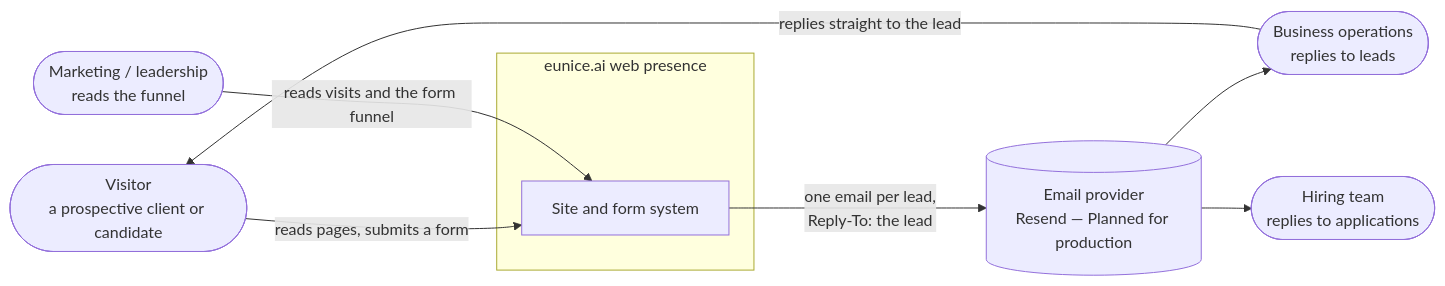
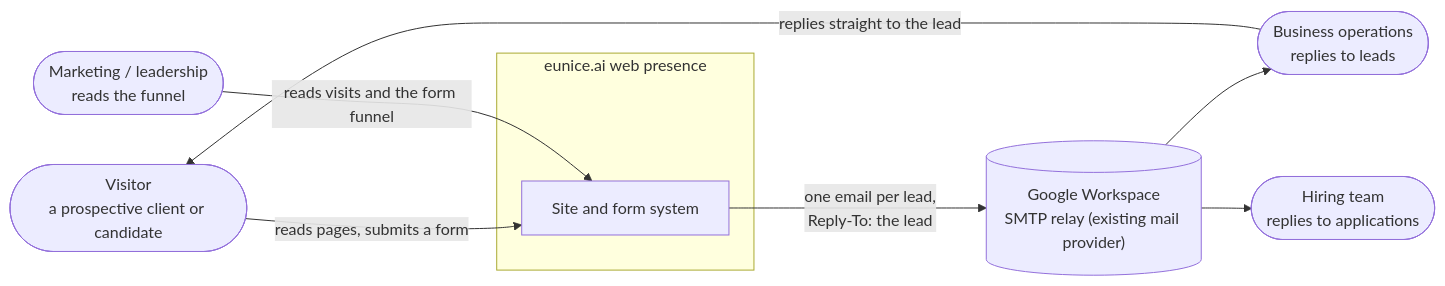
The first of 4 diagrams in docs/architecture/overview.md (angritsay/eunice-site), drawn with Mermaid before and after one commit. The commit also changed other lines of this file and 22 other files, not shown here.

First line of the commit message:
P5a · Email over SMTP to Google Workspace: no new vendor for go-live (#18)

````diff
--- a/docs/architecture/overview.md
+++ b/docs/architecture/overview.md
@@ -10,20 +10,20 @@
 ```mermaid
 flowchart LR
   visitor(["Visitor<br/>a prospective client or candidate"])
   ops(["Business operations<br/>replies to leads"])
   hiring(["Hiring team<br/>replies to applications"])
   analyst(["Marketing / leadership<br/>reads the funnel"])
 
   subgraph eunice["eunice.ai web presence"]
     site["Site and form system"]
   end
 
-  mail[("Email provider<br/>Resend — Planned for production")]
+  mail[("Google Workspace<br/>SMTP relay (existing mail provider)")]
 
   visitor -- "reads pages, submits a form" --> site
   site -- "one email per lead,<br/>Reply-To: the lead" --> mail
   mail --> ops
   mail --> hiring
   analyst -- "reads visits and the form funnel" --> site
   ops -- "replies straight to the lead" --> visitor
 ```
````
